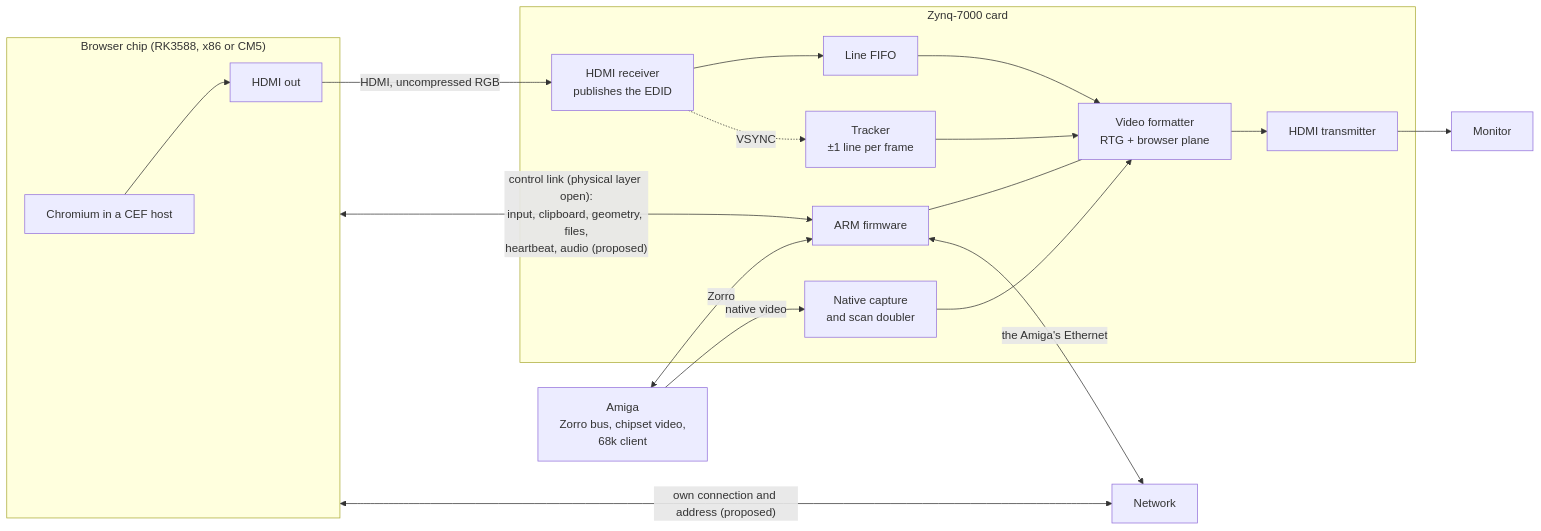
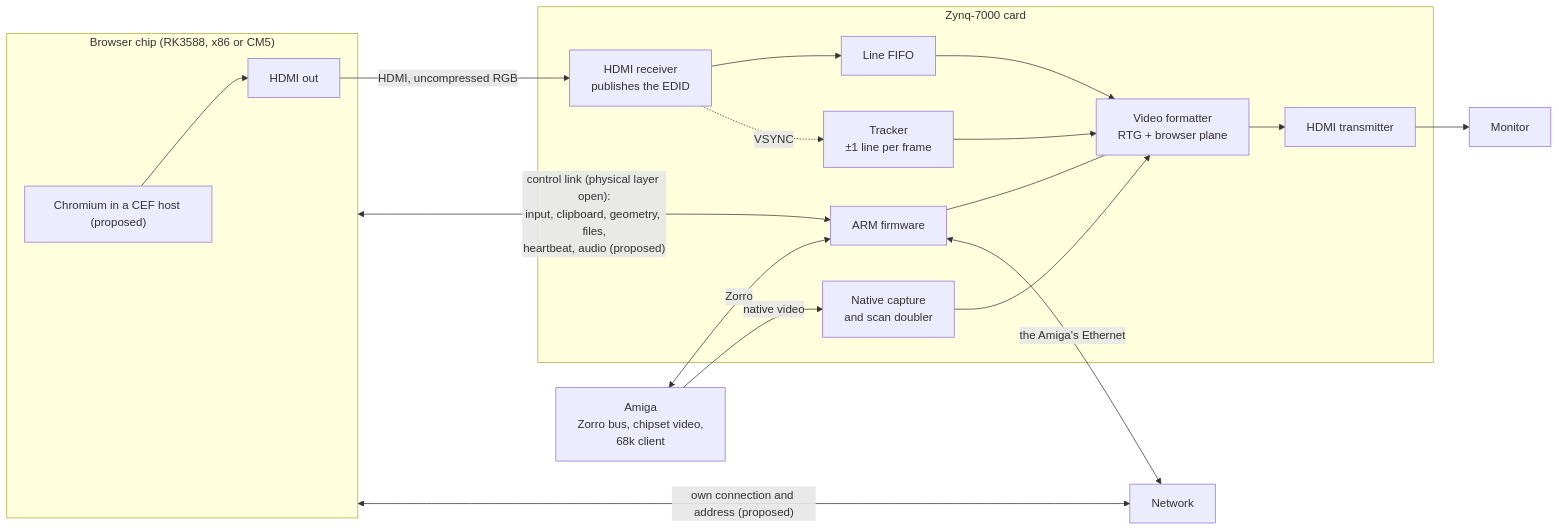
The diagram in rfc/0001-native-web-browsing.md (tbdye/amiga-modern-web), drawn with Mermaid before and after one commit. The commit also changed other lines of this file, not shown here.

````diff
--- a/rfc/0001-native-web-browsing.md
+++ b/rfc/0001-native-web-browsing.md
@@ -76,33 +86,33 @@
 ```mermaid
 flowchart LR
     subgraph Browser["Browser chip (RK3588, x86 or CM5)"]
-        CR["Chromium in a CEF host"]
+        CR["Chromium in a CEF host (proposed)"]
         HO["HDMI out"]
         CR --> HO
     end
     subgraph Card["Zynq-7000 card"]
         RX["HDMI receiver<br/>publishes the EDID"]
         FIFO["Line FIFO"]
         TR["Tracker<br/>±1 line per frame"]
         FMT["Video formatter<br/>RTG + browser plane"]
         CAP["Native capture<br/>and scan doubler"]
         ARM["ARM firmware"]
         TX["HDMI transmitter"]
         RX --> FIFO --> FMT
         RX -.->|"VSYNC"| TR
         TR --> FMT
         CAP --> FMT
         FMT --> TX
         ARM --- FMT
     end
     AMI["Amiga<br/>Zorro bus, chipset video,<br/>68k client"]
     MON["Monitor"]
     NET["Network"]
     HO -->|"HDMI, uncompressed RGB"| RX
     Browser <-->|"control link (physical layer open):<br/>input, clipboard, geometry, files,<br/>heartbeat, audio (proposed)"| ARM
     AMI <-->|"Zorro"| ARM
     AMI -->|"native video"| CAP
     TX --> MON
     Browser <-->|"own connection and address (proposed)"| NET
     ARM <-->|"the Amiga's Ethernet"| NET
 ```
````
